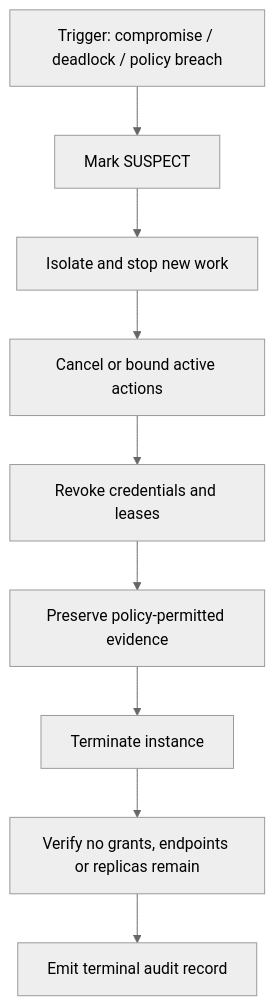
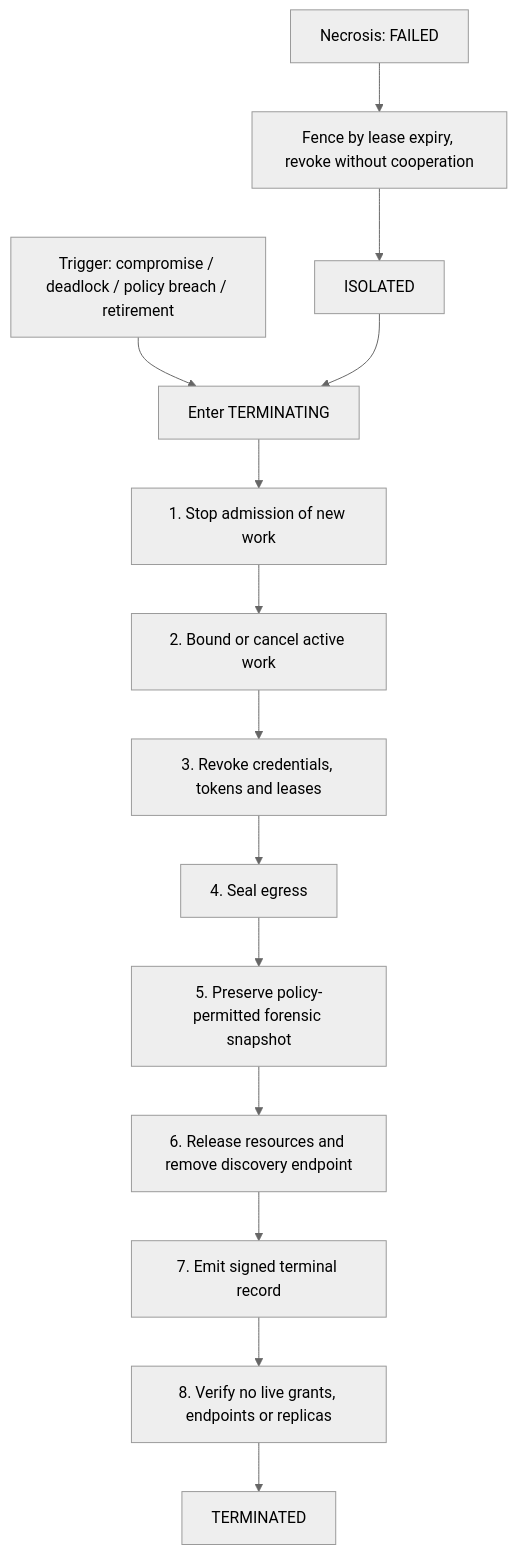
The diagram in diagrams/apoptosis-flow.md (Alpha-Oi/digital-organism-architecture), drawn with Mermaid (neutral theme) before and after one commit. The commit also changed other lines of this file and 82 other files, not shown here.

````diff
--- a/diagrams/apoptosis-flow.md
+++ b/diagrams/apoptosis-flow.md
@@ -3,11 +3,15 @@
 ```mermaid
 flowchart TD
-  T[Trigger: compromise / deadlock / policy breach] --> S[Mark SUSPECT]
-  S --> I[Isolate and stop new work]
-  I --> C[Cancel or bound active actions]
-  C --> R[Revoke credentials and leases]
-  R --> F[Preserve policy-permitted evidence]
-  F --> X[Terminate instance]
-  X --> V[Verify no grants, endpoints or replicas remain]
-  V --> A[Emit terminal audit record]
+  T[Trigger: compromise / deadlock / policy breach / retirement] --> S[Enter TERMINATING]
+  S --> A1[1. Stop admission of new work]
+  A1 --> A2[2. Bound or cancel active work]
+  A2 --> A3[3. Revoke credentials, tokens and leases]
+  A3 --> A4[4. Seal egress]
+  A4 --> A5[5. Preserve policy-permitted forensic snapshot]
+  A5 --> A6[6. Release resources and remove discovery endpoint]
+  A6 --> A7[7. Emit signed terminal record]
+  A7 --> A8[8. Verify no live grants, endpoints or replicas]
+  A8 --> D[TERMINATED]
+  N[Necrosis: FAILED] --> F[Fence by lease expiry, revoke without cooperation] --> I[ISOLATED]
+  I --> S
 ```
````
